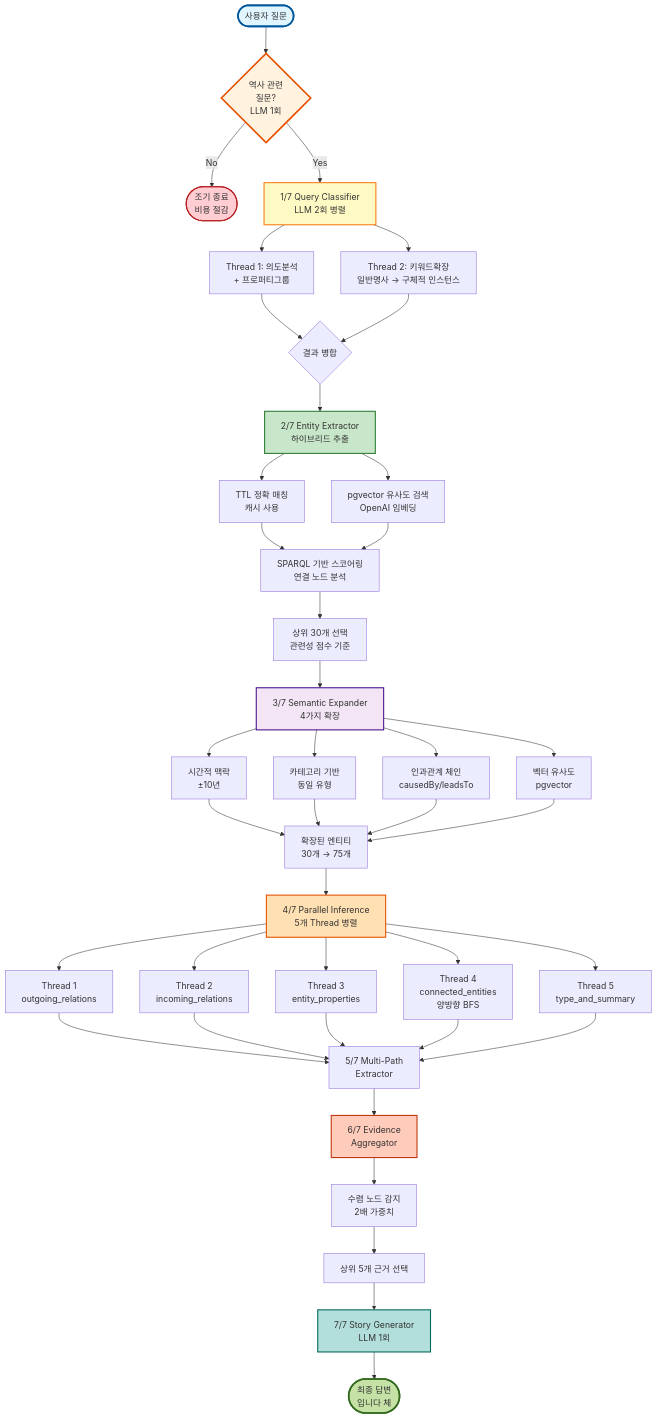
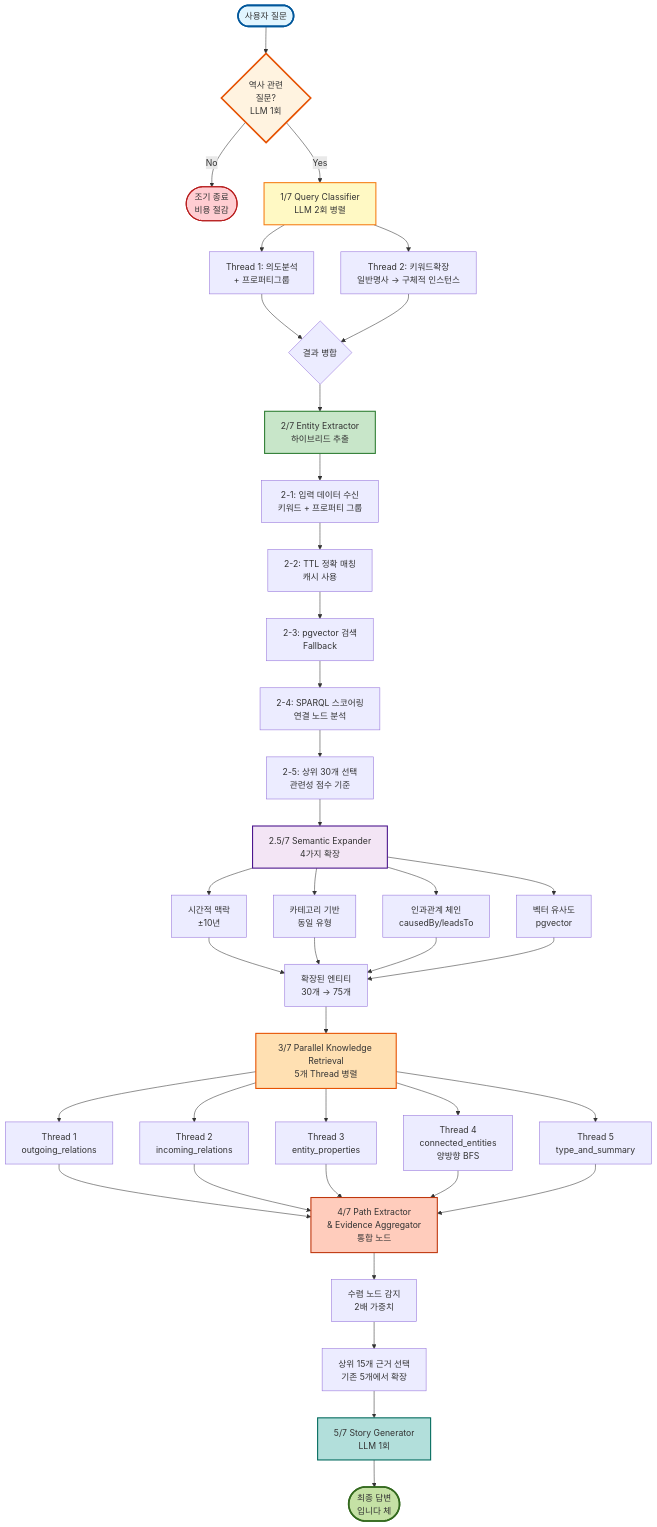
Before and after one commit to SKNETWORKS-FAMILY-AICAMP/SKN18-FINAL-3TEAM: the first of 5 diagrams in backend/ontology_langgraph_structure/docs/README.md, drawn with Mermaid. The commit also changed other lines of this file and 63 other files, not shown here.

````diff
--- a/backend/ontology_langgraph_structure/docs/README.md
+++ b/backend/ontology_langgraph_structure/docs/README.md
@@ -5,69 +5,67 @@
 ```mermaid
 graph TD
     Start([사용자 질문]) --> HistCheck{역사 관련<br/>질문?<br/>LLM 1회}
 
     HistCheck -->|No| Exit([조기 종료<br/>비용 절감])
     HistCheck -->|Yes| Classifier[1/7 Query Classifier<br/>LLM 2회 병렬]
 
     Classifier --> Thread1[Thread 1: 의도분석<br/>+ 프로퍼티그룹]
     Classifier --> Thread2[Thread 2: 키워드확장<br/>일반명사 → 구체적 인스턴스]
 
     Thread1 --> Merge1{결과 병합}
     Thread2 --> Merge1
 
     Merge1 --> Extractor[2/7 Entity Extractor<br/>하이브리드 추출]
 
-    Extractor --> TTL[TTL 정확 매칭<br/>캐시 사용]
-    Extractor --> PGVector[pgvector 유사도 검색<br/>OpenAI 임베딩]
+    Extractor --> TTL[2-1: 입력 데이터 수신<br/>키워드 + 프로퍼티 그룹]
+    TTL --> Exact[2-2: TTL 정확 매칭<br/>캐시 사용]
+    Exact --> PGVector[2-3: pgvector 검색<br/>Fallback]
 
-    TTL --> Scoring[SPARQL 기반 스코어링<br/>연결 노드 분석]
-    PGVector --> Scoring
+    PGVector --> Scoring[2-4: SPARQL 스코어링<br/>연결 노드 분석]
 
-    Scoring --> Top30[상위 30개 선택<br/>관련성 점수 기준]
+    Scoring --> Top30[2-5: 상위 30개 선택<br/>관련성 점수 기준]
 
-    Top30 --> Expander[3/7 Semantic Expander<br/>4가지 확장]
+    Top30 --> Expander[2.5/7 Semantic Expander<br/>4가지 확장]
 
     Expander --> Temporal[시간적 맥락<br/>±10년]
     Expander --> Category[카테고리 기반<br/>동일 유형]
     Expander --> Causal[인과관계 체인<br/>causedBy/leadsTo]
     Expander --> Vector[벡터 유사도<br/>pgvector]
 
     Temporal --> Expanded[확장된 엔티티<br/>30개 → 75개]
     Category --> Expanded
     Causal --> Expanded
     Vector --> Expanded
 
-    Expanded --> Parallel[4/7 Parallel Inference<br/>5개 Thread 병렬]
+    Expanded --> Parallel[3/7 Parallel Knowledge Retrieval<br/>5개 Thread 병렬]
 
     Parallel --> T1[Thread 1<br/>outgoing_relations]
     Parallel --> T2[Thread 2<br/>incoming_relations]
     Parallel --> T3[Thread 3<br/>entity_properties]
     Parallel --> T4[Thread 4<br/>connected_entities<br/>양방향 BFS]
     Parallel --> T5[Thread 5<br/>type_and_summary]
 
-    T1 --> Merge2[5/7 Multi-Path<br/>Extractor]
-    T2 --> Merge2
-    T3 --> Merge2
-    T4 --> Merge2
-    T5 --> Merge2
+    T1 --> PathAgg[4/7 Path Extractor<br/>& Evidence Aggregator<br/>통합 노드]
+    T2 --> PathAgg
+    T3 --> PathAgg
+    T4 --> PathAgg
+    T5 --> PathAgg
 
-    Merge2 --> Aggregator[6/7 Evidence<br/>Aggregator]
+    PathAgg --> Convergence[수렴 노드 감지<br/>2배 가중치]
+    Convergence --> Top15[상위 15개 근거 선택<br/>기존 5개에서 확장]
 
-    Aggregator --> Convergence[수렴 노드 감지<br/>2배 가중치]
-    Convergence --> Top5[상위 5개 근거 선택]
-
-    Top5 --> Generator[7/7 Story Generator<br/>LLM 1회]
+    Top15 --> Generator[5/7 Story Generator<br/>LLM 1회]
 
     Generator --> Answer([최종 답변<br/>입니다 체])
 
     style Start fill:#e1f5ff,stroke:#01579b,stroke-width:3px
     style HistCheck fill:#fff3e0,stroke:#e65100,stroke-width:3px
     style Classifier fill:#fff9c4,stroke:#f57f17,stroke-width:2px
     style Extractor fill:#c8e6c9,stroke:#2e7d32,stroke-width:2px
     style Expander fill:#f3e5f5,stroke:#4a148c,stroke-width:2px
     style Parallel fill:#ffe0b2,stroke:#e65100,stroke-width:2px
-    style Aggregator fill:#ffccbc,stroke:#bf360c,stroke-width:2px
+    style PathAgg fill:#ffccbc,stroke:#bf360c,stroke-width:2px
     style Generator fill:#b2dfdb,stroke:#00695c,stroke-width:2px
     style Answer fill:#c5e1a5,stroke:#33691e,stroke-width:3px
     style Exit fill:#ffcdd2,stroke:#b71c1c,stroke-width:2px
 ```
````
